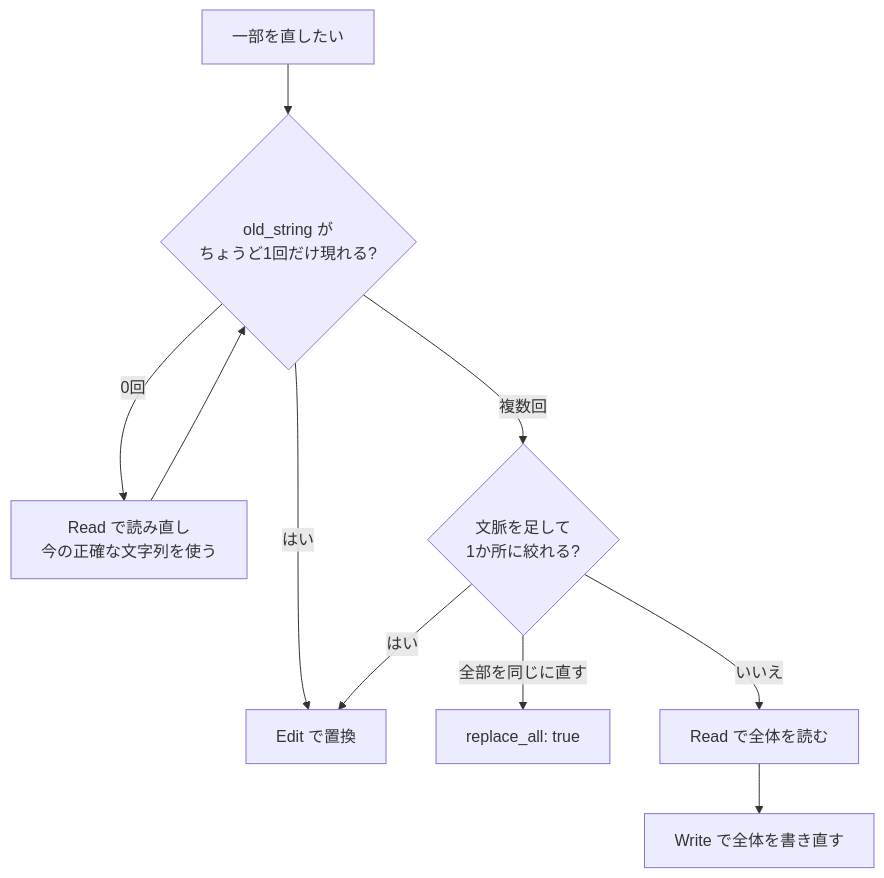
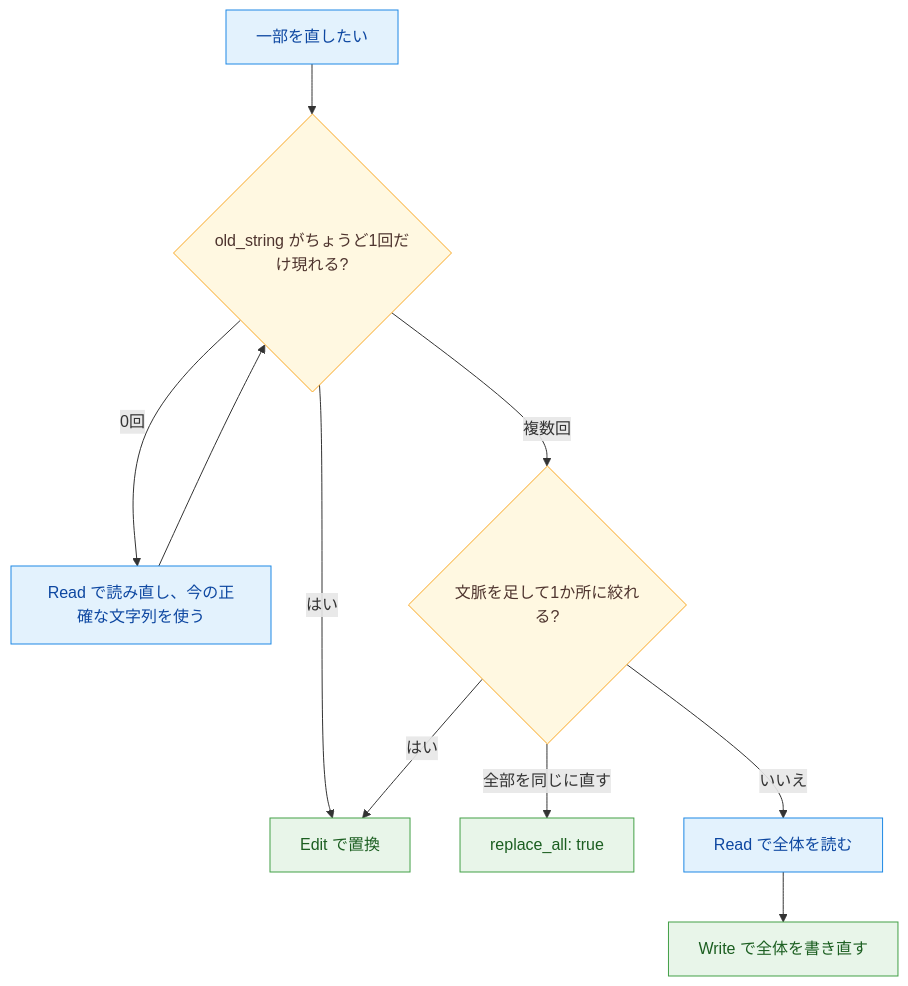
The first of 2 diagrams in ccaf/notes/02-tool-design-mcp/builtin-tools-incremental-exploration.md (yuya-take/yuya-exam-notes), drawn with Mermaid before and after one commit. The commit also changed other lines of this file and 50 other files, not shown here.

````diff
--- a/ccaf/notes/02-tool-design-mcp/builtin-tools-incremental-exploration.md
+++ b/ccaf/notes/02-tool-design-mcp/builtin-tools-incremental-exploration.md
@@ -25,10 +23,16 @@
 ```mermaid
 flowchart TD
-  A[一部を直したい] --> B{old_string が<br>ちょうど1回だけ現れる?}
+  A[一部を直したい] --> B{"old_string がちょうど1回だけ現れる?"}
   B -- はい --> C[Edit で置換]
-  B -- 0回 --> R[Read で読み直し<br>今の正確な文字列を使う] --> B
-  B -- 複数回 --> D{文脈を足して<br>1か所に絞れる?}
+  B -- 0回 --> R["Read で読み直し、今の正確な文字列を使う"] --> B
+  B -- 複数回 --> D{"文脈を足して1か所に絞れる?"}
   D -- はい --> C
-  D -- 全部を同じに直す --> G[replace_all: true]
+  D -- 全部を同じに直す --> G["replace_all: true"]
   D -- いいえ --> E[Read で全体を読む] --> F[Write で全体を書き直す]
+  classDef run fill:#e3f2fd,stroke:#1e88e5,color:#0d47a1
+  classDef judge fill:#fff8e1,stroke:#f9a825,color:#4e342e
+  classDef done fill:#e8f5e9,stroke:#43a047,color:#1b5e20
+  class A,R,E run
+  class B,D judge
+  class C,G,F done
 ```
````
